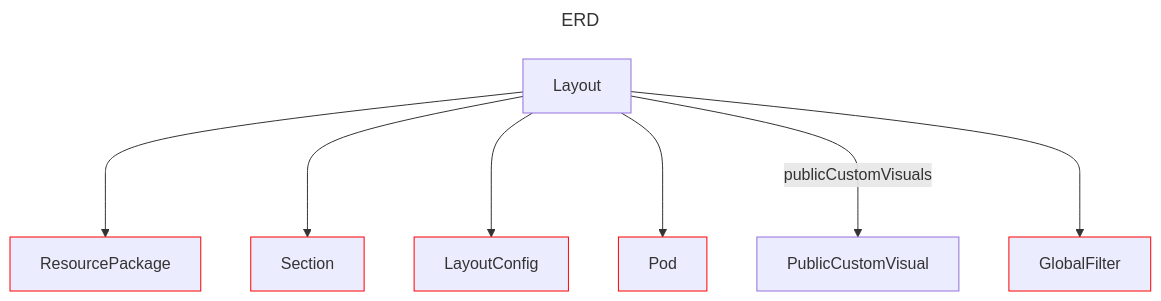
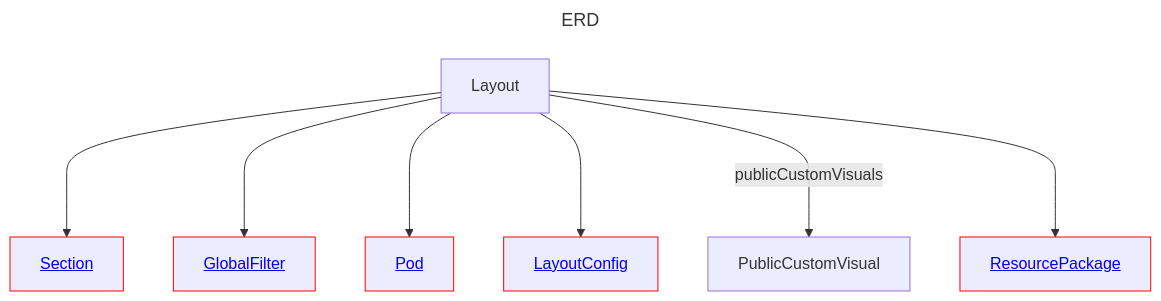
The diagram in docs/docs/layout/erd/ERD.md (douglassimonsen/pbi_core), drawn with Mermaid before and after one commit. The commit also changed 76 other files, not shown here.

````diff
--- a/docs/docs/layout/erd/ERD.md
+++ b/docs/docs/layout/erd/ERD.md
@@ -1,24 +1,24 @@
 ```mermaid
 ---
 title: ERD
 ---
 graph 
-2430693818560["PublicCustomVisual"]
-2430693847840["Layout"]
-2430071754320["GlobalFilter"]
-style 2430071754320 stroke:#ff0000,stroke-width:1px
-2430514896736["Pod"]
-style 2430514896736 stroke:#ff0000,stroke-width:1px
-2430514892832["ResourcePackage"]
-style 2430514892832 stroke:#ff0000,stroke-width:1px
-2430693817584["Section"]
-style 2430693817584 stroke:#ff0000,stroke-width:1px
-2430693841984["LayoutConfig"]
-style 2430693841984 stroke:#ff0000,stroke-width:1px
-2430693847840 ---> 2430514892832
-2430693847840 ---> 2430693817584
-2430693847840 ---> 2430693841984
-2430693847840 ---> 2430514896736
-2430693847840 --->|publicCustomVisuals| 2430693818560
-2430693847840 ---> 2430071754320
+GlobalFilter[<a href='/layout/erd/GlobalFilter'>GlobalFilter</a>]
+style GlobalFilter stroke:#ff0000,stroke-width:1px
+Layout[Layout]
+LayoutConfig[<a href='/layout/erd/LayoutConfig'>LayoutConfig</a>]
+style LayoutConfig stroke:#ff0000,stroke-width:1px
+Pod[<a href='/layout/erd/Pod'>Pod</a>]
+style Pod stroke:#ff0000,stroke-width:1px
+PublicCustomVisual[PublicCustomVisual]
+ResourcePackage[<a href='/layout/erd/ResourcePackage'>ResourcePackage</a>]
+style ResourcePackage stroke:#ff0000,stroke-width:1px
+Section[<a href='/layout/erd/Section'>Section</a>]
+style Section stroke:#ff0000,stroke-width:1px
+Layout ---> Section
+Layout ---> GlobalFilter
+Layout ---> Pod
+Layout ---> LayoutConfig
+Layout --->|publicCustomVisuals| PublicCustomVisual
+Layout ---> ResourcePackage
 ```
````
